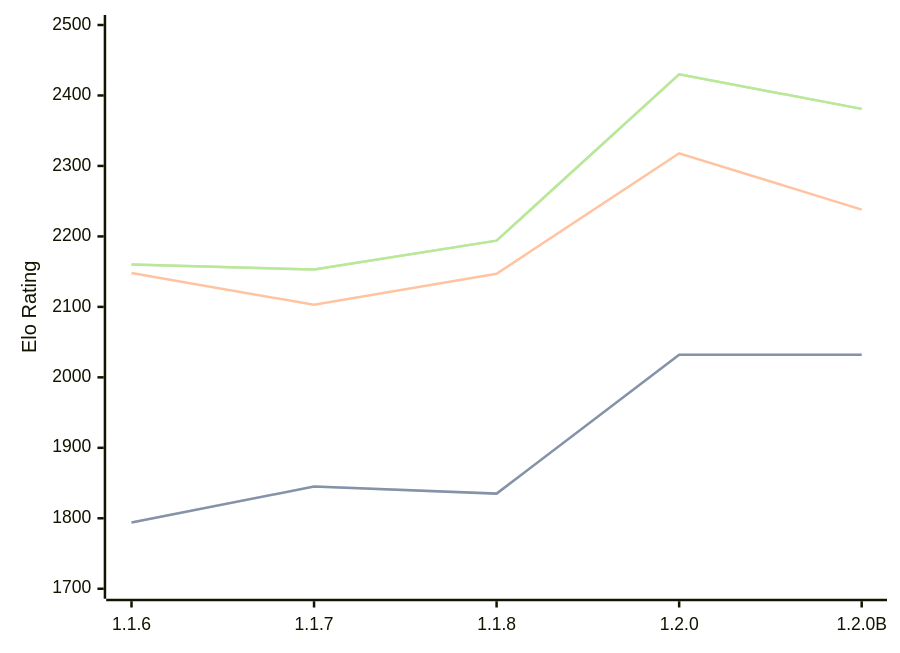
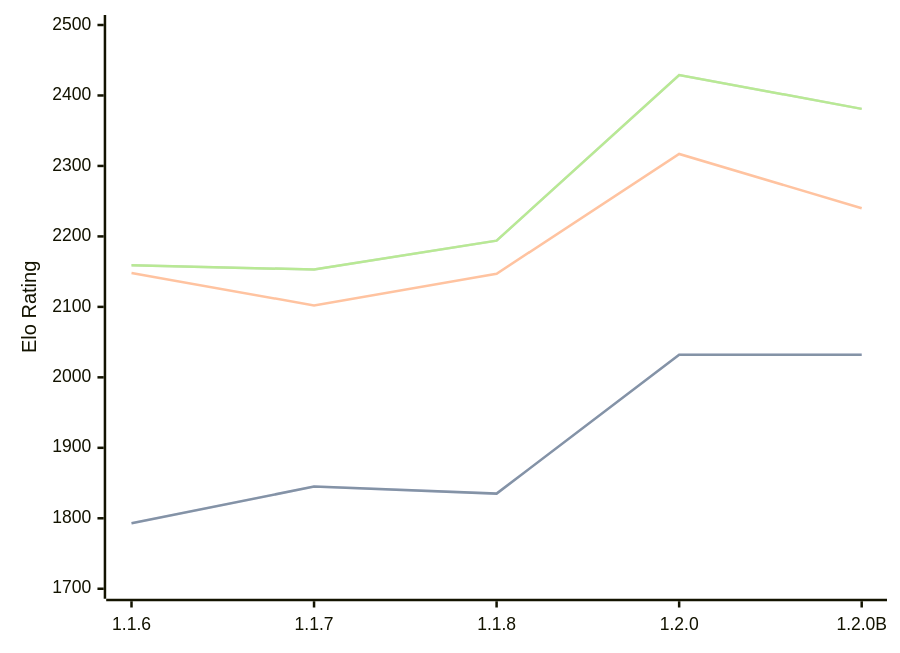
The diagram in engines/Soomi.md (computer-chess-index/cci), drawn with Mermaid before and after one commit. The commit also changed other lines of this file, not shown here.

Commit message:
Update CCI Ratings (ELO VLTC) - 2026-09-11

````diff
--- a/engines/Soomi.md
+++ b/engines/Soomi.md
@@ -35,11 +35,11 @@
 ```mermaid
 %%{init: {"theme":"base","themeVariables":{"seriesColors:['#a3a3a3','#222221','#faa371']}}}%%
 xychart-beta
   x-axis ["1.1.6", "1.1.7", "1.1.8", "1.2.0", "1.2.0B"]
   y-axis "Elo Rating" 1700 --> 2500
-  line "" [1794, 1845, 1835, 2032, 2032]
-  line "STC (8.0+0.08s)" [1794, 1845, 1835, 2032, 2032]
-  line "LTC (60.0+0.60s)" [2148, 2103, 2147, 2318, 2238]
-  line "" [2160, 2153, 2194, 2430, 2381]
-  line "VLTC (2m24s+1.12s)" [2160, 2153, 2194, 2430, 2381]
+  line "" [1793, 1845, 1835, 2032, 2032]
+  line "STC (8.0+0.08s)" [1793, 1845, 1835, 2032, 2032]
+  line "LTC (60.0+0.60s)" [2148, 2102, 2147, 2317, 2240]
+  line "" [2159, 2153, 2194, 2429, 2381]
+  line "VLTC (2m24s+1.12s)" [2159, 2153, 2194, 2429, 2381]
 ```
````
